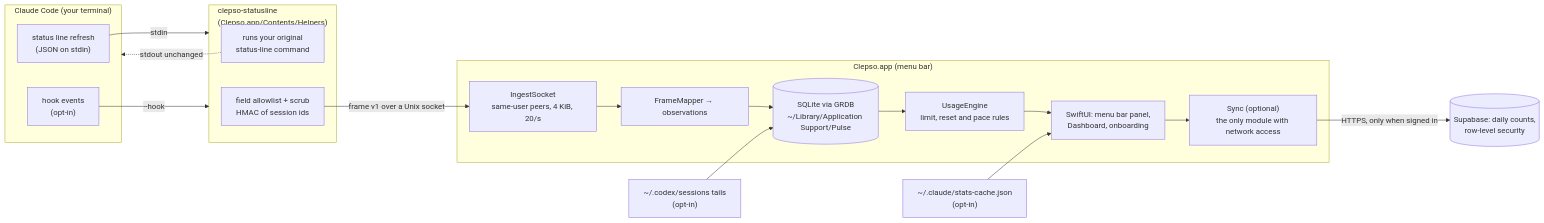
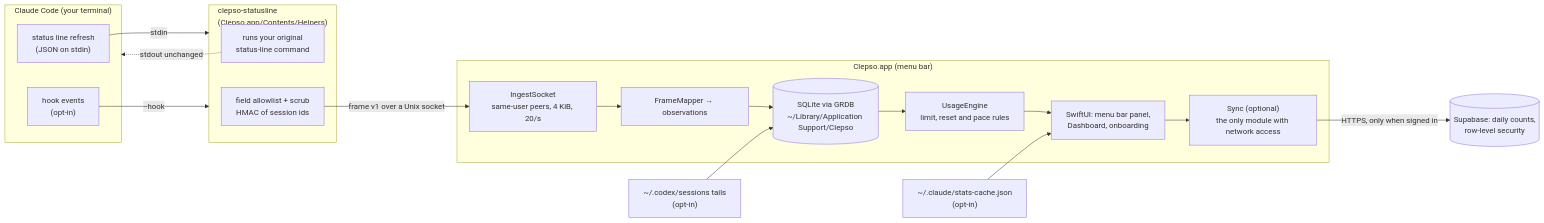
The diagram in README.md (obileonardo/clepso), drawn with Mermaid before and after one commit. The commit also changed other lines of this file and 15 other files, not shown here.

````diff
--- a/README.md
+++ b/README.md
@@ -151,35 +151,35 @@
 ```mermaid
 flowchart LR
     subgraph CC["Claude Code (your terminal)"]
         SL["status line refresh<br/>(JSON on stdin)"]
         HK["hook events<br/>(opt-in)"]
     end
 
     subgraph Helper["clepso-statusline<br/>(Clepso.app/Contents/Helpers)"]
         RUN["runs your original<br/>status-line command"]
         AL["field allowlist + scrub<br/>HMAC of session ids"]
     end
 
     subgraph App["Clepso.app (menu bar)"]
         SOCK["IngestSocket<br/>same-user peers, 4 KiB, 20/s"]
         MAP["FrameMapper → observations"]
-        DB[("SQLite via GRDB<br/>~/Library/Application Support/Pulse")]
+        DB[("SQLite via GRDB<br/>~/Library/Application Support/Clepso")]
         ENG["UsageEngine<br/>limit, reset and pace rules"]
         UI["SwiftUI: menu bar panel,<br/>Dashboard, onboarding"]
         SYNC["Sync (optional)<br/>the only module with network access"]
     end
 
     STATS["~/.claude/stats-cache.json<br/>(opt-in)"]
     CODEX["~/.codex/sessions tails<br/>(opt-in)"]
     CLOUD[("Supabase: daily counts,<br/>row-level security")]
 
     SL -->|stdin| Helper
     HK -->|"--hook"| Helper
     RUN -.->|"stdout unchanged"| CC
     AL -->|"frame v1 over a Unix socket"| SOCK
     SOCK --> MAP --> DB
     DB --> ENG --> UI
     STATS --> UI
     CODEX --> DB
     UI --> SYNC -->|"HTTPS, only when signed in"| CLOUD
 ```
````
